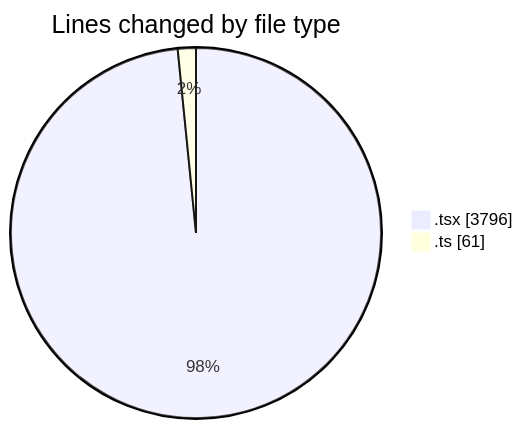
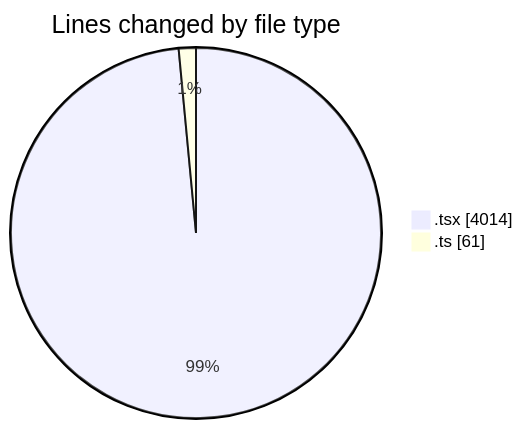
Before and after one commit to julien-gomy/code-tracking: the first of 2 diagrams in 2025-11-18/eventscop-frontend-guide__workspace_/README.md, drawn with Mermaid. The commit also changed other lines of this file and 1 other file, not shown here.

````diff
--- a/2025-11-18/eventscop-frontend-guide__workspace_/README.md
+++ b/2025-11-18/eventscop-frontend-guide__workspace_/README.md
@@ -48,6 +49,6 @@
 ```mermaid
 pie showData
 title Lines changed by file type
-".tsx" : 3796
+".tsx" : 4014
 ".ts" : 61
 ```
````
